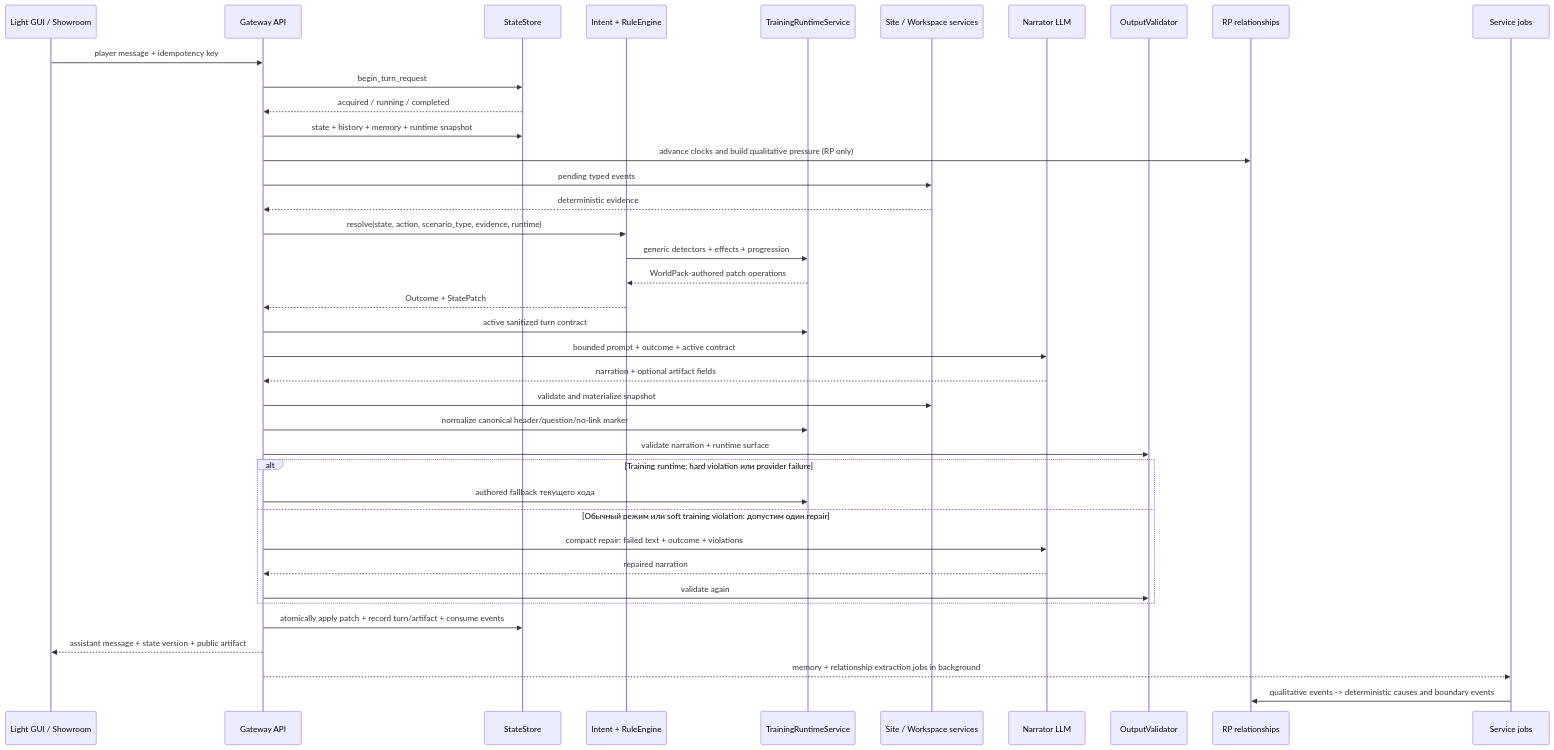
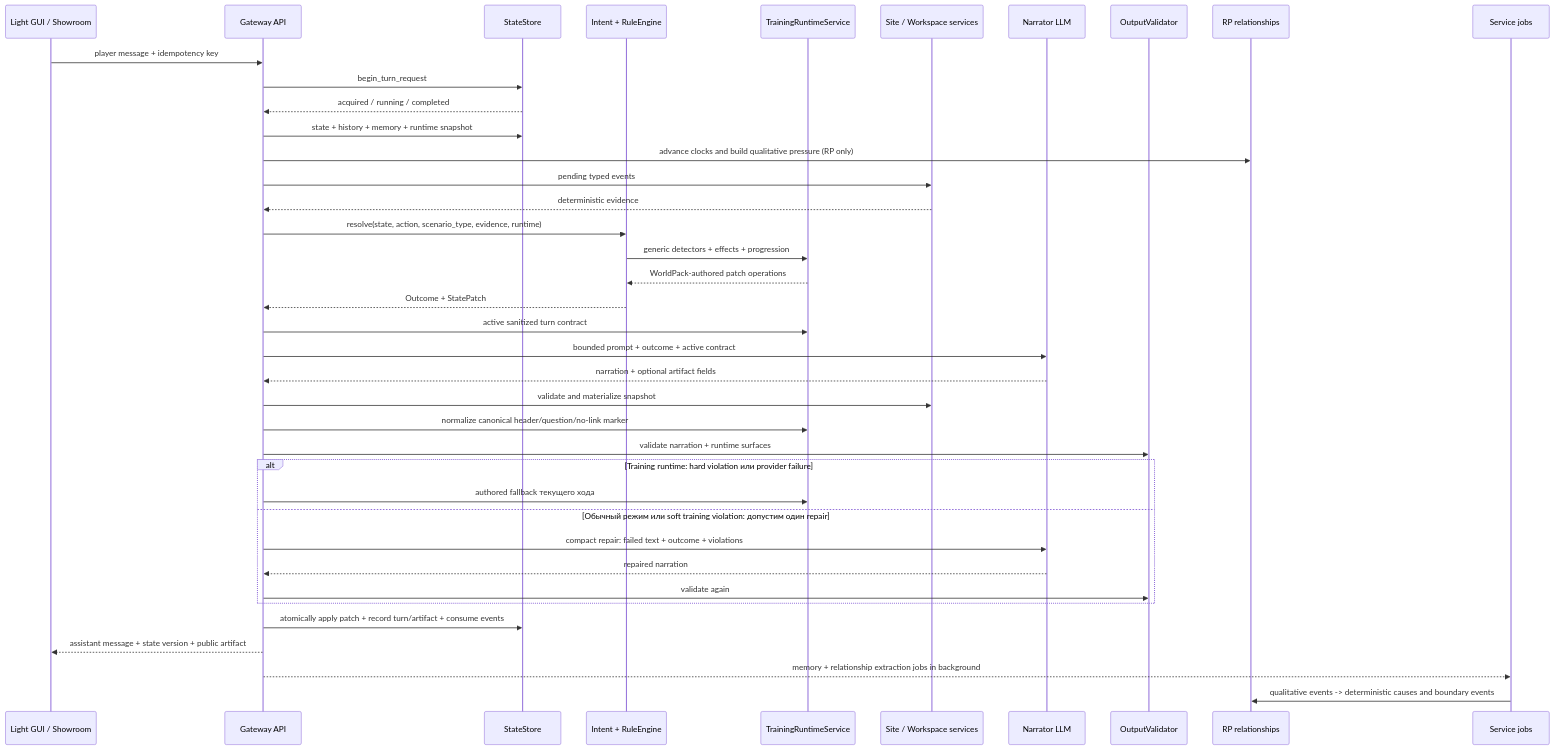
The first of 2 diagrams in docs/wiki/03-turn-lifecycle.md (abykovwww-byte/ubuntu_ansible_palybooks), drawn with Mermaid before and after one commit. The commit also changed other lines of this file and 4 other files, not shown here.

````diff
--- a/docs/wiki/03-turn-lifecycle.md
+++ b/docs/wiki/03-turn-lifecycle.md
@@ -7,42 +7,42 @@
 ```mermaid
 sequenceDiagram
     participant UI as Light GUI / Showroom
     participant API as Gateway API
     participant Store as StateStore
     participant Rules as Intent + RuleEngine
     participant Runtime as TrainingRuntimeService
     participant Art as Site / Workspace services
     participant LLM as Narrator LLM
     participant Val as OutputValidator
     participant Rel as RP relationships
     participant Jobs as Service jobs
 
     UI->>API: player message + idempotency key
     API->>Store: begin_turn_request
     Store-->>API: acquired / running / completed
     API->>Store: state + history + memory + runtime snapshot
     API->>Rel: advance clocks and build qualitative pressure (RP only)
     API->>Art: pending typed events
     Art-->>API: deterministic evidence
     API->>Rules: resolve(state, action, scenario_type, evidence, runtime)
     Rules->>Runtime: generic detectors + effects + progression
     Runtime-->>Rules: WorldPack-authored patch operations
     Rules-->>API: Outcome + StatePatch
     API->>Runtime: active sanitized turn contract
     API->>LLM: bounded prompt + outcome + active contract
     LLM-->>API: narration + optional artifact fields
     API->>Art: validate and materialize snapshot
     API->>Runtime: normalize canonical header/question/no-link marker
-    API->>Val: validate narration + runtime surface
+    API->>Val: validate narration + runtime surfaces
     alt Training runtime: hard violation или provider failure
         API->>Runtime: authored fallback текущего хода
     else Обычный режим или soft training violation: допустим один repair
         API->>LLM: compact repair: failed text + outcome + violations
         LLM-->>API: repaired narration
         API->>Val: validate again
     end
     API->>Store: atomically apply patch + record turn/artifact + consume events
     API-->>UI: assistant message + state version + public artifact
     API-->>Jobs: memory + relationship extraction jobs in background
     Jobs->>Rel: qualitative events -> deterministic causes and boundary events
 ```
````
